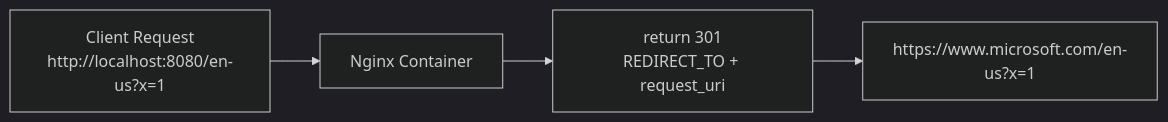
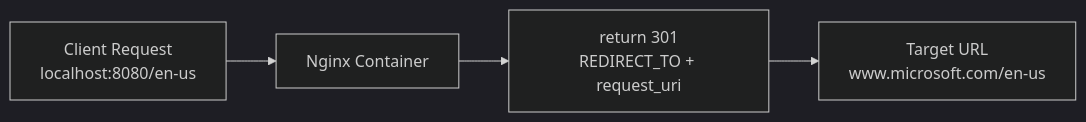
The diagram in Readme-en.md (tokawa-ms/httpredirectcontainer), drawn with Mermaid (dark theme) before and after one commit. The commit also changed 1 other file, not shown here.

Commit message:
Fix mermaid diagram syntax for client request flow in README

````diff
--- a/Readme-en.md
+++ b/Readme-en.md
@@ -18,6 +18,6 @@
 ```mermaid
 flowchart LR
-    A[Client Request<br/>http://localhost:8080/en-us?x=1] --> B[Nginx Container]
+    A[Client Request<br/>localhost:8080/en-us] --> B[Nginx Container]
     B --> C[return 301<br/>REDIRECT_TO + request_uri]
-    C --> D[https://www.microsoft.com/en-us?x=1]
+    C --> D[Target URL<br/>www.microsoft.com/en-us]
 ```
````
